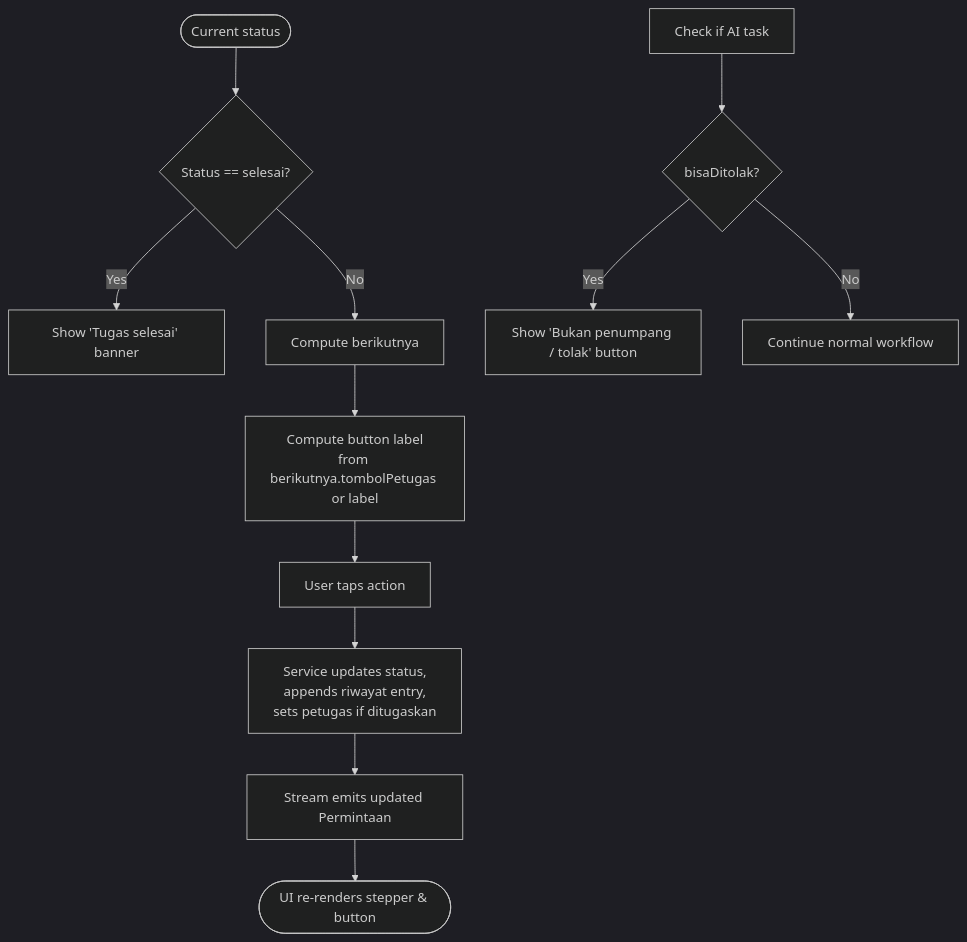
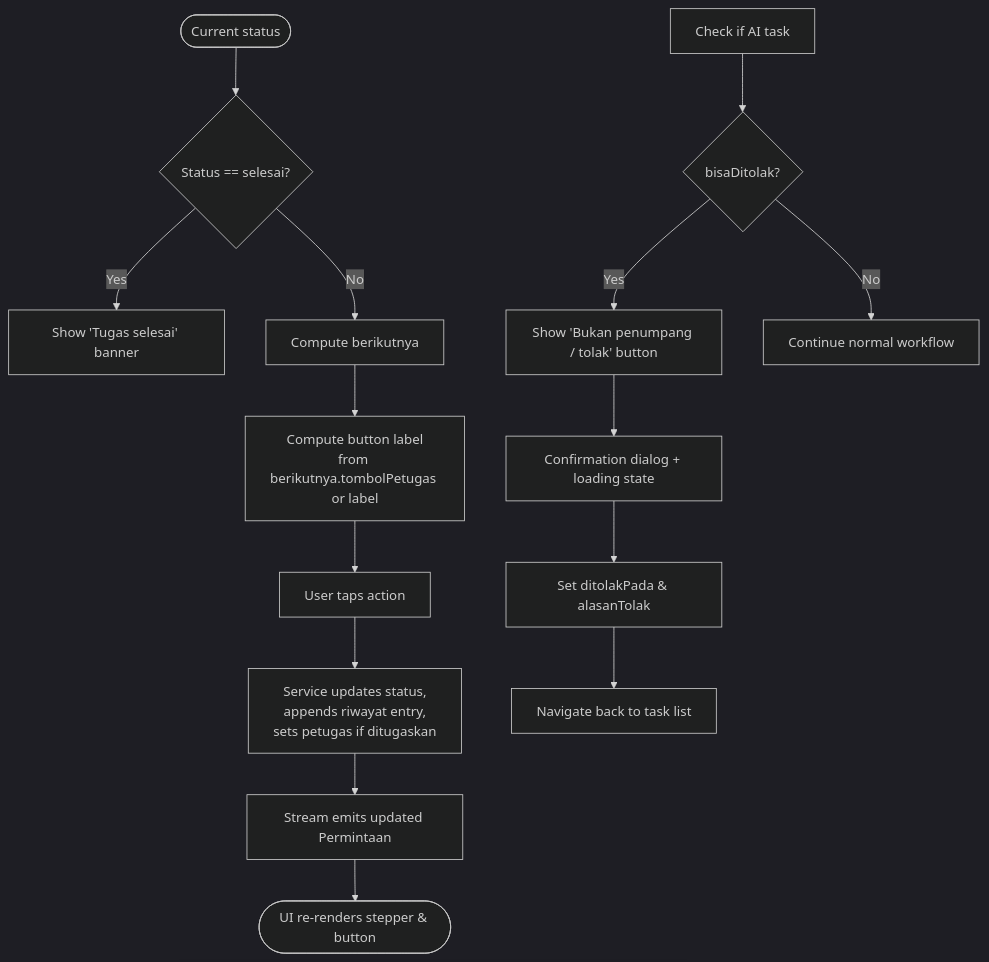
The third of 8 diagrams in .qoder/repowiki/en/content/Mobile Application/Staff Workflow/Task Detail Screen.md (rdsarjito/whoosh-ramah), drawn with Mermaid (dark theme) before and after one commit. The commit also changed other lines of this file and 18 other files, not shown here.

````diff
--- a/.qoder/repowiki/en/content/Mobile Application/Staff Workflow/Task Detail Screen.md
+++ b/.qoder/repowiki/en/content/Mobile Application/Staff Workflow/Task Detail Screen.md
@@ -155,14 +171,17 @@
 ```mermaid
 flowchart TD
 Start(["Current status"]) --> CheckDone{"Status == selesai?"}
 CheckDone --> |Yes| Banner["Show 'Tugas selesai' banner"]
 CheckDone --> |No| Next["Compute berikutnya"]
 Next --> Label["Compute button label<br/>from berikutnya.tombolPetugas or label"]
 Label --> Action["User taps action"]
 Action --> Update["Service updates status,<br/>appends riwayat entry,<br/>sets petugas if ditugaskan"]
 Update --> Refresh["Stream emits updated Permintaan"]
 Refresh --> End(["UI re-renders stepper & button"])
 CheckAI["Check if AI task"] --> CanReject{"bisaDitolak?"}
 CanReject --> |Yes| RejectBtn["Show 'Bukan penumpang / tolak' button"]
 CanReject --> |No| Continue["Continue normal workflow"]
+RejectBtn --> RejectFlow["Confirmation dialog + loading state"]
+RejectFlow --> RejectUpdate["Set ditolakPada & alasanTolak"]
+RejectUpdate --> NavigateBack["Navigate back to task list"]
 ```
````
